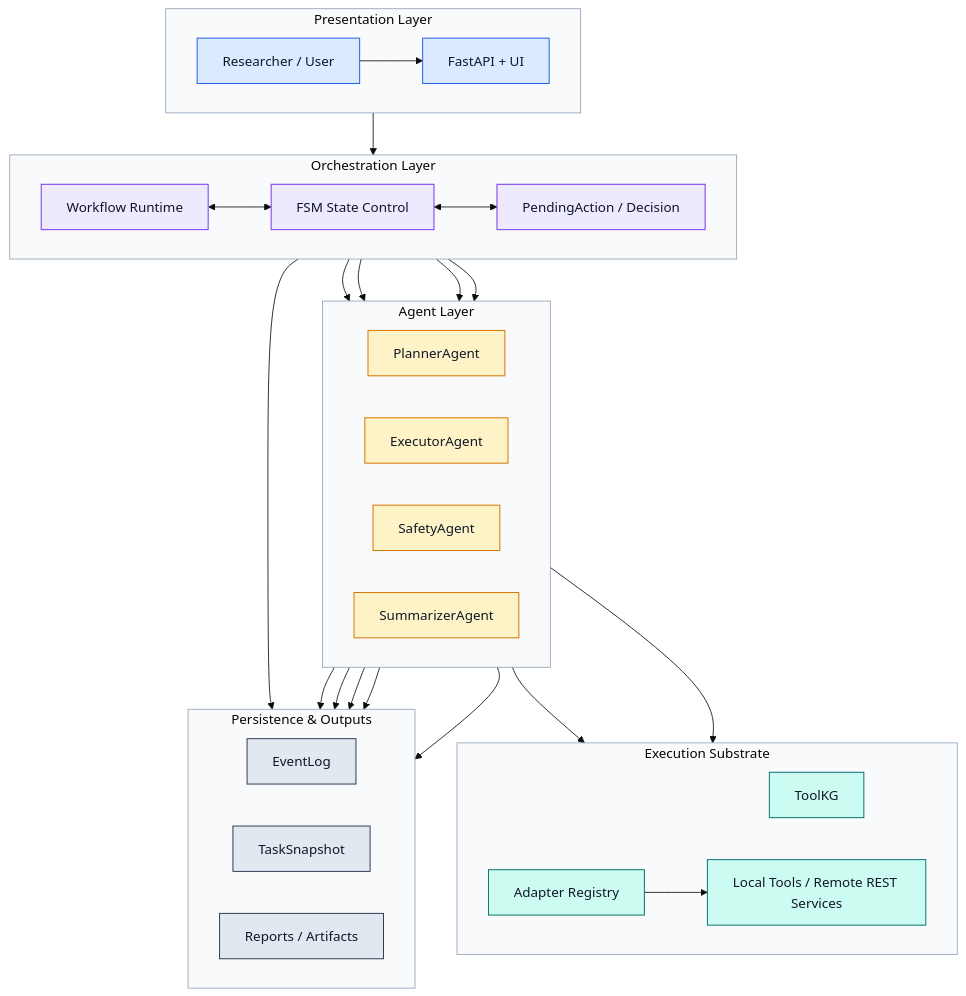
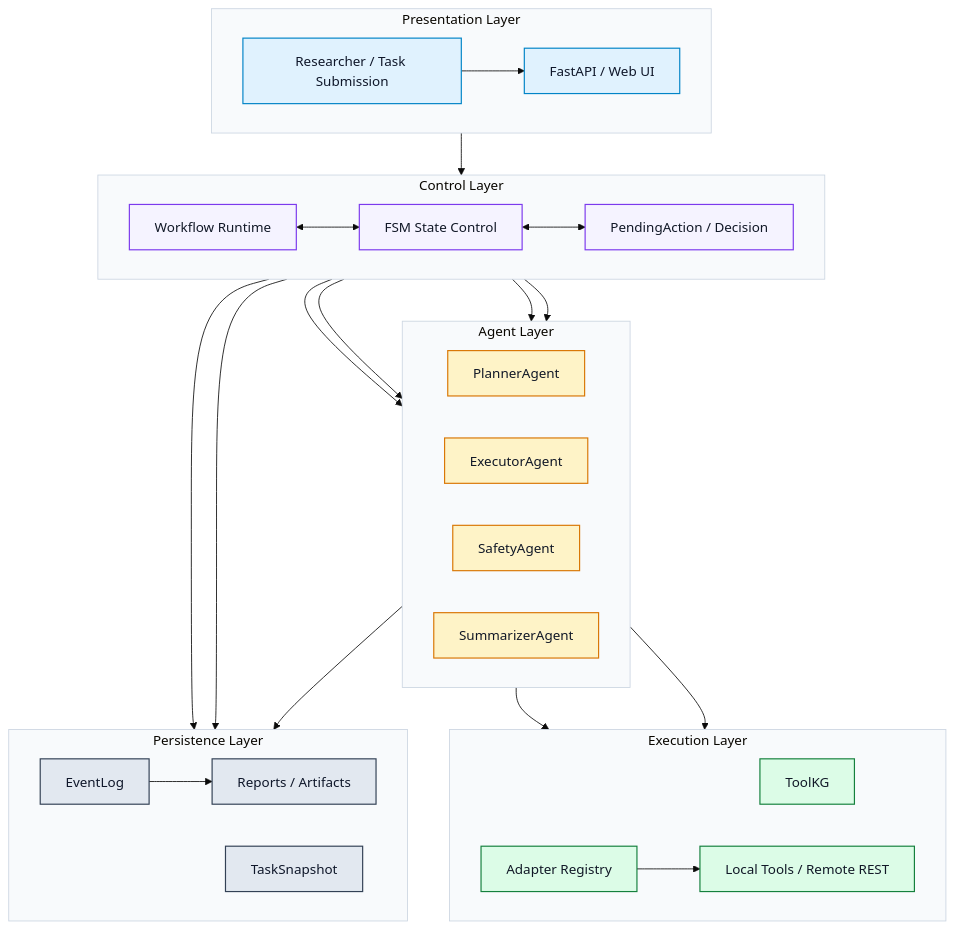
One commit to Yuri-Kon/thesis-project changed the diagram in paper/figures/system-architecture-overview.mmd. Above: the diagram before and after it, drawn with Mermaid (base theme). The commit also changed 12 other files, not shown here.

Commit message:
feat(tex): 修改第二章的叙述，去除核心算法与亮点。修改图示

```diff
--- a/paper/figures/system-architecture-overview.mmd
+++ b/paper/figures/system-architecture-overview.mmd
@@ -1,66 +1,62 @@
 flowchart TB
 
-classDef layer fill:#F8FAFC,stroke:#475569,color:#0F172A,stroke-width:1.2px;
-classDef nodeA fill:#DBEAFE,stroke:#2563EB,color:#0F172A,stroke-width:1.2px;
-classDef nodeB fill:#EDE9FE,stroke:#7C3AED,color:#0F172A,stroke-width:1.2px;
-classDef nodeC fill:#FEF3C7,stroke:#D97706,color:#111827,stroke-width:1.2px;
-classDef nodeD fill:#CCFBF1,stroke:#0F766E,color:#111827,stroke-width:1.2px;
-classDef nodeE fill:#E2E8F0,stroke:#334155,color:#0F172A,stroke-width:1.2px;
+classDef layer fill:#F8FAFC,stroke:#CBD5E1,color:#0F172A,stroke-width:1.2px;
+classDef presentation fill:#E0F2FE,stroke:#0284C7,color:#0F172A,stroke-width:1.4px;
+classDef control fill:#F5F3FF,stroke:#7C3AED,color:#111827,stroke-width:1.4px;
+classDef agent fill:#FEF3C7,stroke:#D97706,color:#111827,stroke-width:1.4px;
+classDef runtime fill:#DCFCE7,stroke:#15803D,color:#111827,stroke-width:1.4px;
+classDef storage fill:#E2E8F0,stroke:#334155,color:#0F172A,stroke-width:1.4px;
 
 subgraph L1[Presentation Layer]
 direction LR
-U[Researcher / User]:::nodeA
-API[FastAPI + UI]:::nodeA
+A1[Researcher / Task Submission]:::presentation
+A2[FastAPI / Web UI]:::presentation
 end
-style L1 fill:#F8FAFC,stroke:#94A3B8,stroke-width:1px
+style L1 fill:#F8FAFC,stroke:#CBD5E1,stroke-width:1px
 
-subgraph L2[Orchestration Layer]
+subgraph L2[Control Layer]
 direction LR
-WF[Workflow Runtime]:::nodeB
-FSM[FSM State Control]:::nodeB
-HITL[PendingAction / Decision]:::nodeB
+B1[Workflow Runtime]:::control
+B2[FSM State Control]:::control
+B3[PendingAction / Decision]:::control
 end
-style L2 fill:#F8FAFC,stroke:#94A3B8,stroke-width:1px
+style L2 fill:#F8FAFC,stroke:#CBD5E1,stroke-width:1px
 
 subgraph L3[Agent Layer]
 direction LR
-PL[PlannerAgent]:::nodeC
-EX[ExecutorAgent]:::nodeC
-SA[SafetyAgent]:::nodeC
-SU[SummarizerAgent]:::nodeC
+C1[PlannerAgent]:::agent
+C2[ExecutorAgent]:::agent
+C3[SafetyAgent]:::agent
+C4[SummarizerAgent]:::agent
 end
-style L3 fill:#F8FAFC,stroke:#94A3B8,stroke-width:1px
+style L3 fill:#F8FAFC,stroke:#CBD5E1,stroke-width:1px
 
-subgraph L4[Execution Substrate]
+subgraph L4[Execution Layer]
 direction LR
-KG[ToolKG]:::nodeD
-AR[Adapter Registry]:::nodeD
-ENG[Local Tools / Remote REST Services]:::nodeD
+D1[ToolKG]:::runtime
+D2[Adapter Registry]:::runtime
+D3[Local Tools / Remote REST]:::runtime
 end
-style L4 fill:#F8FAFC,stroke:#94A3B8,stroke-width:1px
+style L4 fill:#F8FAFC,stroke:#CBD5E1,stroke-width:1px
 
-subgraph L5[Persistence & Outputs]
+subgraph L5[Persistence Layer]
 direction LR
-EV[EventLog]:::nodeE
-SN[TaskSnapshot]:::nodeE
-RP[Reports / Artifacts]:::nodeE
+E1[EventLog]:::storage
+E2[TaskSnapshot]:::storage
+E3[Reports / Artifacts]:::storage
 end
-style L5 fill:#F8FAFC,stroke:#94A3B8,stroke-width:1px
+style L5 fill:#F8FAFC,stroke:#CBD5E1,stroke-width:1px
 
-U --> API
-API --> WF
-WF <--> FSM
-FSM <--> HITL
-WF --> PL
-WF --> EX
-WF --> SA
-WF --> SU
-PL --> KG
-EX --> AR
-AR --> ENG
-PL --> EV
-EX --> EV
-SA --> EV
-FSM --> SN
-EX --> RP
-SU --> RP
+A1 --> A2 --> B1
+B1 <--> B2
+B2 <--> B3
+B1 --> C1
+B1 --> C2
+B1 --> C3
+B1 --> C4
+C1 --> D1
+C2 --> D2 --> D3
+B1 --> E1
+B1 --> E2
+C4 --> E3
+E1 --> E3
```
